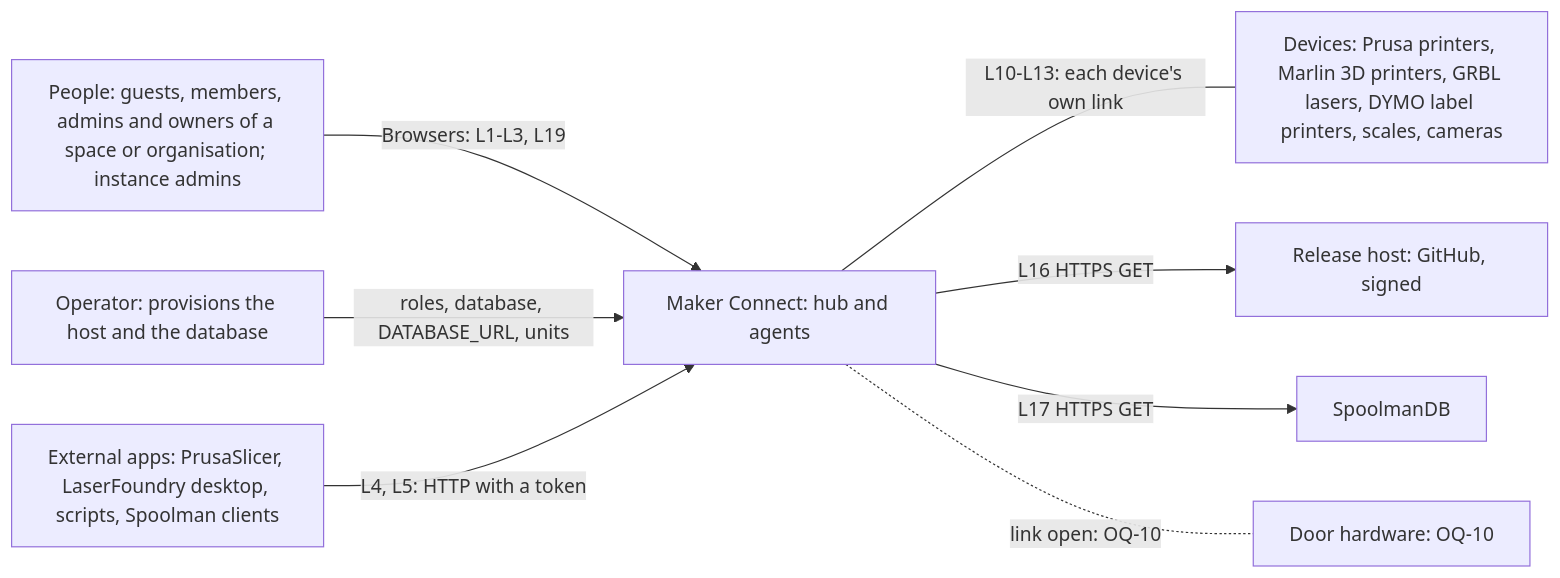
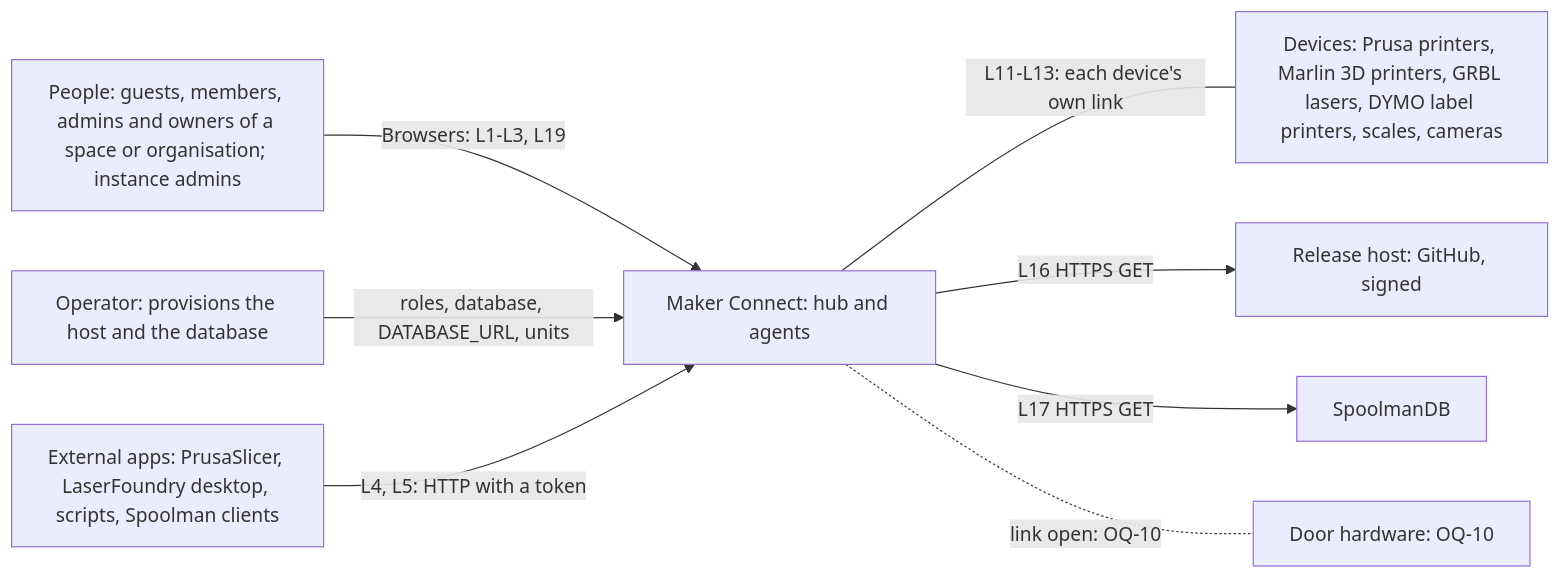
The first of 5 diagrams in docs/design/architecture.md (CuriousTimo/Maker-Connect), drawn with Mermaid before and after one commit. The commit also changed other lines of this file and 23 other files, not shown here.

````diff
--- a/docs/design/architecture.md
+++ b/docs/design/architecture.md
@@ -20,18 +20,18 @@
 ```mermaid
 flowchart LR
   people["People: guests, members, admins and owners of a space or organisation; instance admins"]
   operator["Operator: provisions the host and the database"]
   mc["Maker Connect: hub and agents"]
   apps["External apps: PrusaSlicer, LaserFoundry desktop, scripts, Spoolman clients"]
   devs["Devices: Prusa printers, Marlin 3D printers, GRBL lasers, DYMO label printers, scales, cameras"]
   rel["Release host: GitHub, signed"]
   sdb["SpoolmanDB"]
   doorhw["Door hardware: OQ-10"]
   people -->|"Browsers: L1-L3, L19"| mc
   operator -->|"roles, database, DATABASE_URL, units"| mc
   apps -->|"L4, L5: HTTP with a token"| mc
-  mc ---|"L10-L13: each device's own link"| devs
+  mc ---|"L11-L13: each device's own link"| devs
   mc -->|"L16 HTTPS GET"| rel
   mc -->|"L17 HTTPS GET"| sdb
   mc -.-|"link open: OQ-10"| doorhw
 ```
````
